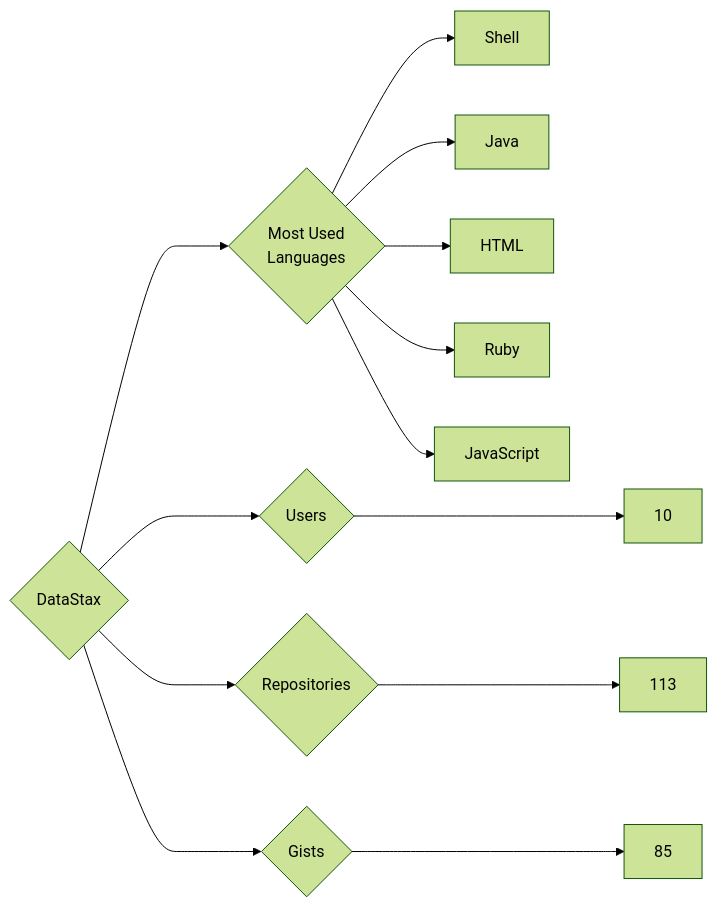
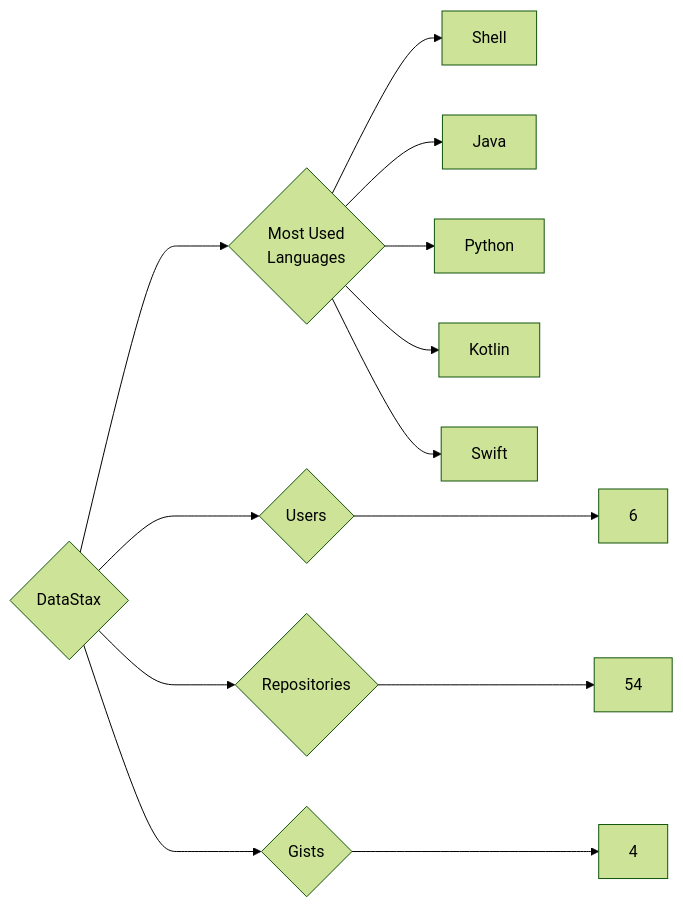
The diagram in targets/DataStax/README.md (trickest/insiders), drawn with Mermaid (forest theme) before and after one commit. The commit also changed 934 other files, not shown here.

````diff
--- a/targets/DataStax/README.md
+++ b/targets/DataStax/README.md
@@ -3,13 +3,13 @@
 ```mermaid
 graph LR
 COMPANY_NAME{DataStax}
-COMPANY_NAME ---> U{Users} ---> UN[10]
-COMPANY_NAME ---> R{Repositories} ---> RN[113]
-COMPANY_NAME ---> G{Gists} ---> GN[85]
+COMPANY_NAME ---> U{Users} ---> UN[6]
+COMPANY_NAME ---> R{Repositories} ---> RN[54]
+COMPANY_NAME ---> G{Gists} ---> GN[4]
 COMPANY_NAME ---> ML{Most Used<br>Languages}
 ML --> Shell[Shell]
 ML --> Java[Java]
-ML --> HTML[HTML]
-ML --> Ruby[Ruby]
-ML --> JavaScript[JavaScript]
+ML --> Python[Python]
+ML --> Kotlin[Kotlin]
+ML --> Swift[Swift]
 ```
````
